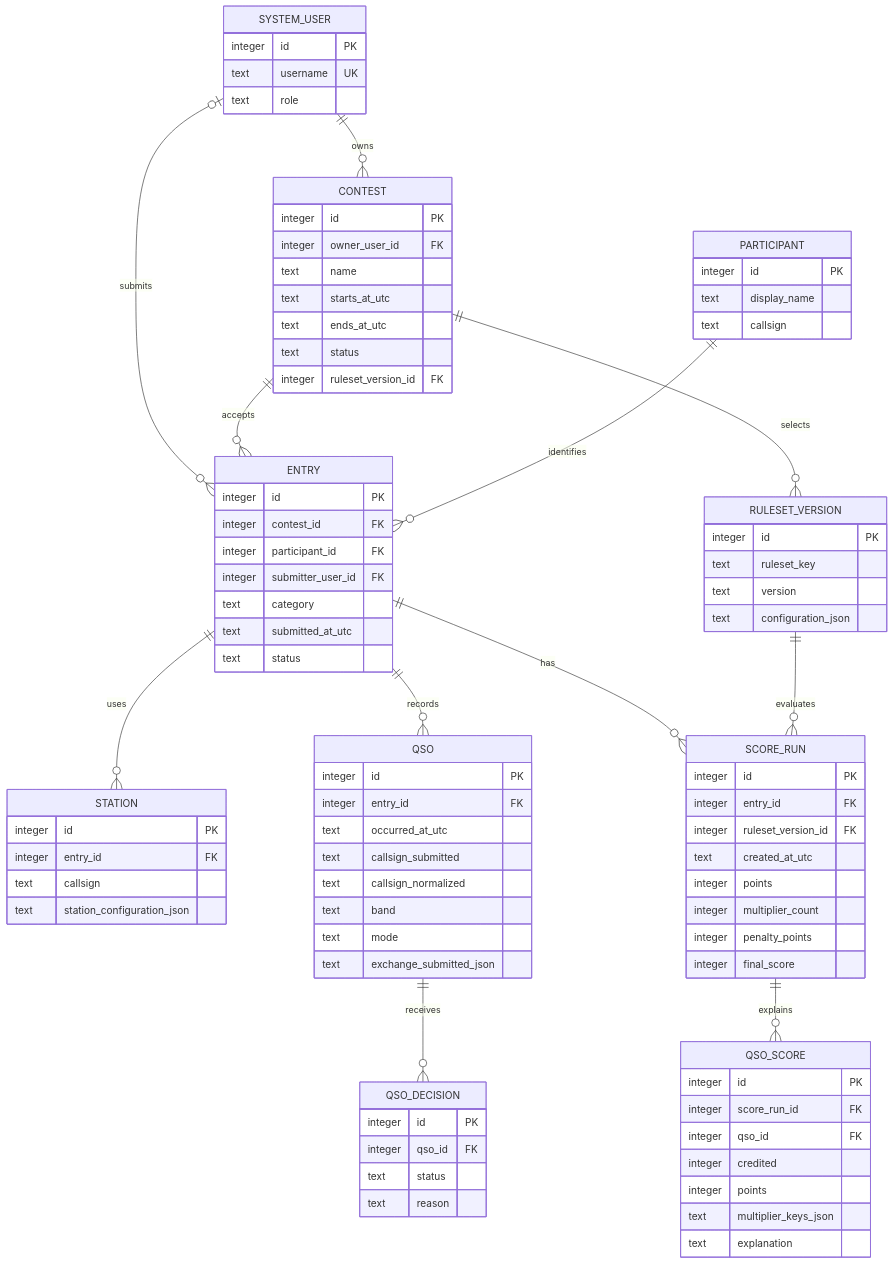
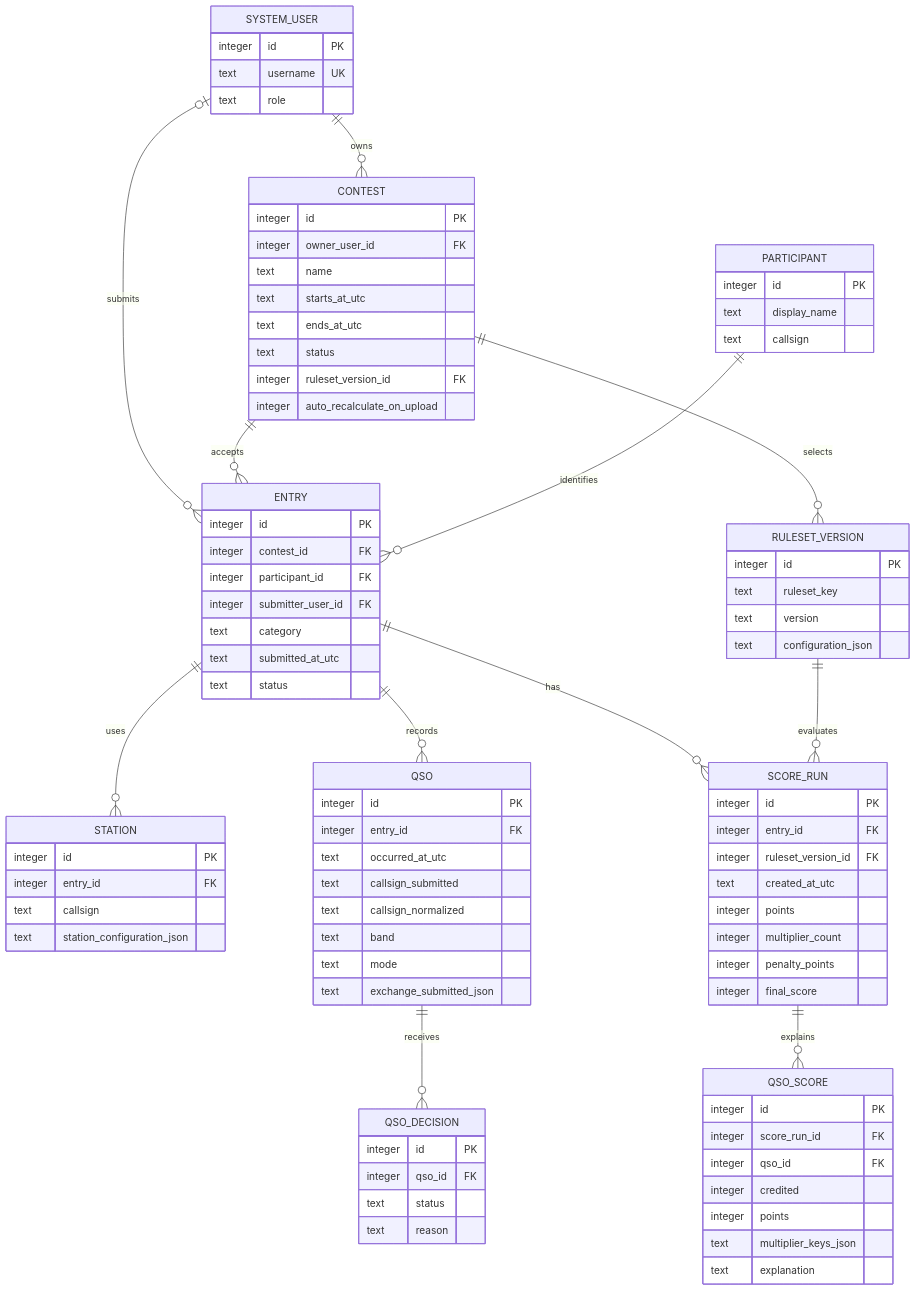
The second of 2 diagrams in documentation/README.md (ea7klk/contestmaster), drawn with Mermaid before and after one commit. The commit also changed other lines of this file, not shown here.

```diff
--- a/documentation/README.md
+++ b/documentation/README.md
@@ -108,6 +109,7 @@
         text ends_at_utc
         text status
         integer ruleset_version_id FK
+        integer auto_recalculate_on_upload
     }
     PARTICIPANT {
         integer id PK
```
